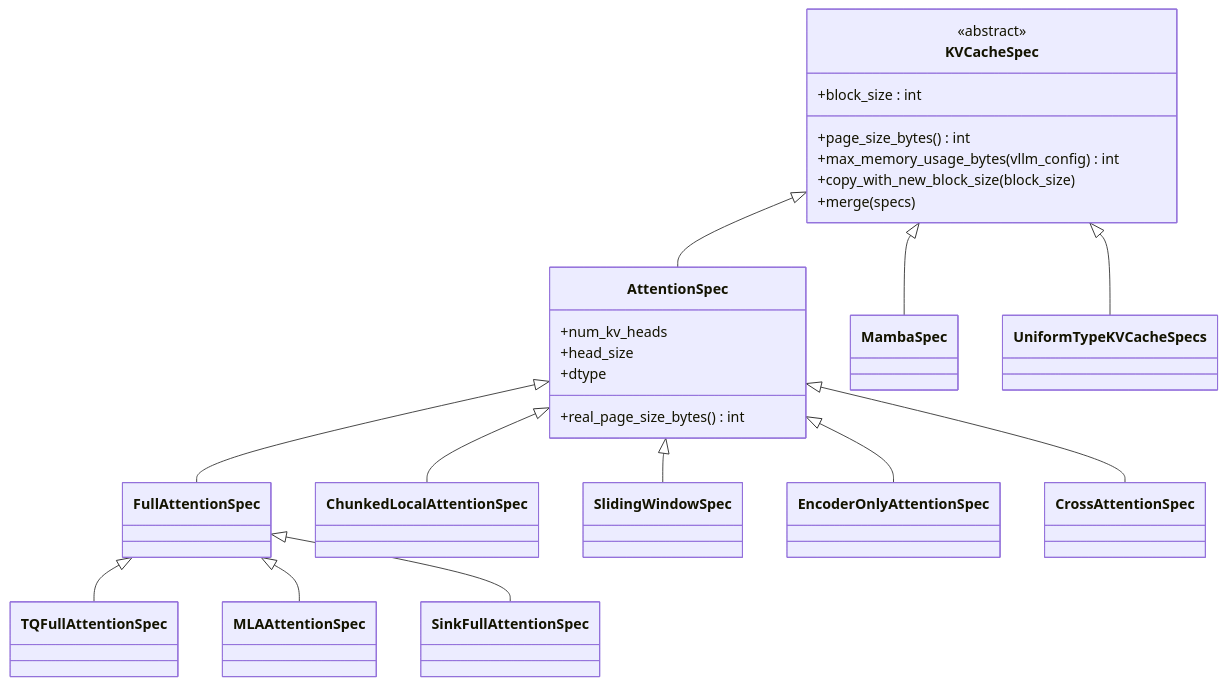
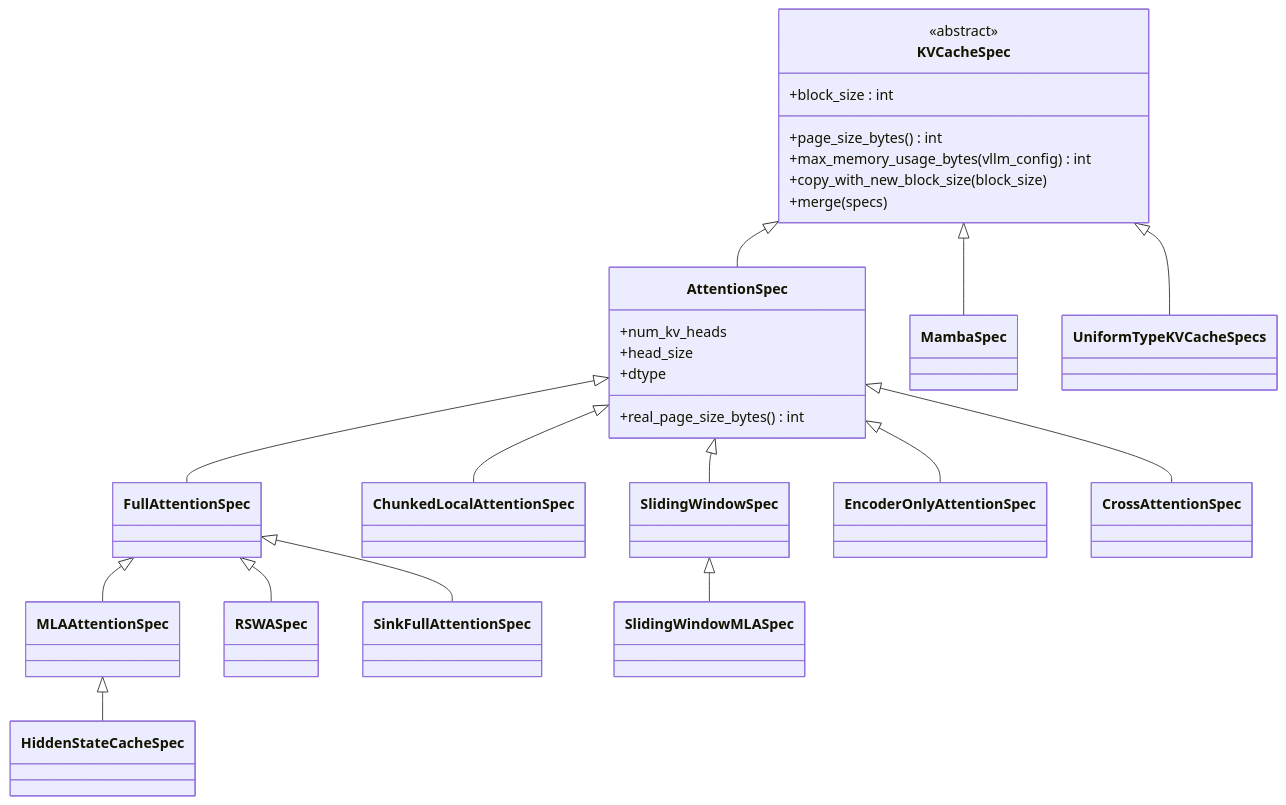
One commit to learning-sketch/wiki changed the second of 3 diagrams in vllm/entities/KVCacheManager.md. Above: the diagram before and after it, drawn with Mermaid. The commit also changed other lines of this file and 7 other files, not shown here.

Commit message:
increment: vLLM Scheduler/KVCacheManager entities + prefix-cache/request-lifecycle/kv-connector/spec-decode-eagle topics + overview/index to d29dc3ab

````diff
--- a/vllm/entities/KVCacheManager.md
+++ b/vllm/entities/KVCacheManager.md
@@ -228,38 +240,42 @@
 ```mermaid
 classDiagram
     class KVCacheSpec {
         <<abstract>>
         +block_size : int
         +page_size_bytes() int
         +max_memory_usage_bytes(vllm_config) int
         +copy_with_new_block_size(block_size)
         +merge(specs)
     }
     class AttentionSpec {
         +num_kv_heads
         +head_size
         +dtype
         +real_page_size_bytes() int
     }
     class FullAttentionSpec
-    class TQFullAttentionSpec
     class MLAAttentionSpec
+    class HiddenStateCacheSpec
+    class RSWASpec
     class ChunkedLocalAttentionSpec
     class SlidingWindowSpec
+    class SlidingWindowMLASpec
     class SinkFullAttentionSpec
     class EncoderOnlyAttentionSpec
     class CrossAttentionSpec
     class MambaSpec
     class UniformTypeKVCacheSpecs
     KVCacheSpec <|-- AttentionSpec
     KVCacheSpec <|-- MambaSpec
     KVCacheSpec <|-- UniformTypeKVCacheSpecs
     AttentionSpec <|-- FullAttentionSpec
     AttentionSpec <|-- ChunkedLocalAttentionSpec
     AttentionSpec <|-- SlidingWindowSpec
     AttentionSpec <|-- EncoderOnlyAttentionSpec
     AttentionSpec <|-- CrossAttentionSpec
-    FullAttentionSpec <|-- TQFullAttentionSpec
     FullAttentionSpec <|-- MLAAttentionSpec
+    FullAttentionSpec <|-- RSWASpec
     FullAttentionSpec <|-- SinkFullAttentionSpec
+    MLAAttentionSpec <|-- HiddenStateCacheSpec
+    SlidingWindowSpec <|-- SlidingWindowMLASpec
 ```
````
